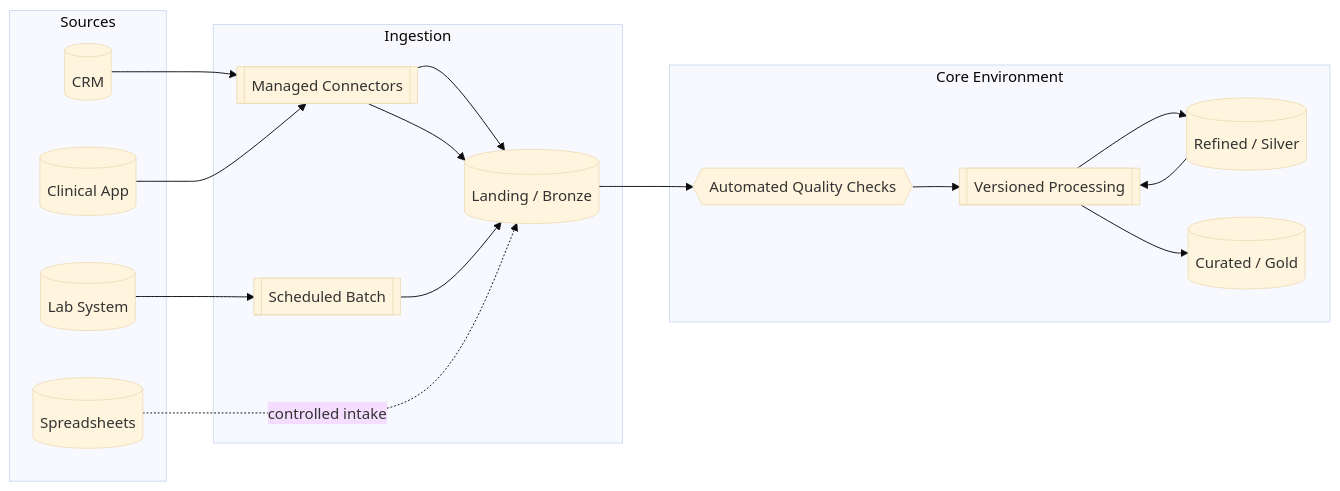
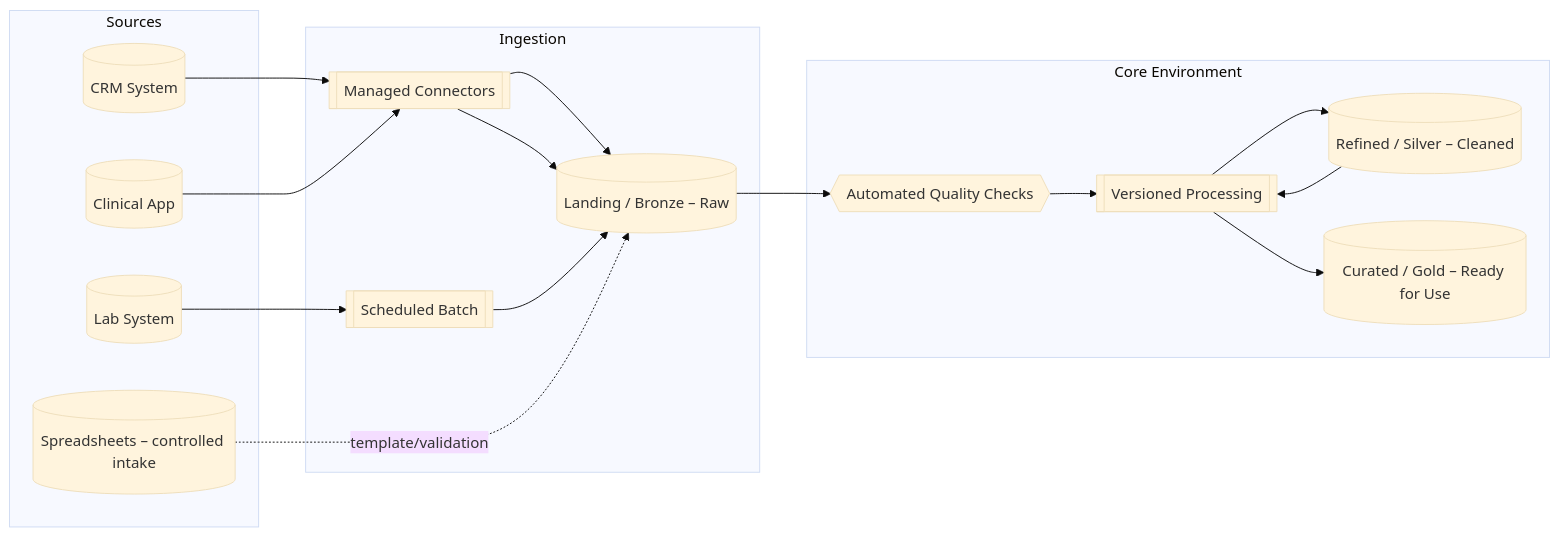
One commit to mlogan914/mlogan914.github.io changed the second of 3 diagrams in _posts/2025-08-27-fragmented-data-flows-to-governed-data-pipelines.md.md. Above: the diagram before and after it, drawn with Mermaid (base theme). The commit also changed other lines of this file, not shown here.

````diff
--- a/_posts/2025-08-27-fragmented-data-flows-to-governed-data-pipelines.md.md
+++ b/_posts/2025-08-27-fragmented-data-flows-to-governed-data-pipelines.md.md
@@ -92,29 +100,34 @@
 ```mermaid
 flowchart LR
+  %% Sources
   subgraph SRC[Sources]
-    CRM[(CRM)]
+    CRM[(CRM System)]
     EHR[(Clinical App)]
     LIMS[(Lab System)]
-    Sheets[(Spreadsheets)]
+    Sheets[(Spreadsheets – controlled intake)]
   end
 
+  %% Ingestion
   subgraph ING[Ingestion]
     CDC[[Managed Connectors]]
     Batch[[Scheduled Batch]]
-    Bronze[(Landing / Bronze)]
+    Bronze[(Landing / Bronze – Raw)]
   end
 
+  %% Core Environment
   subgraph CORE[Core Environment]
     DQ{{Automated Quality Checks}}
     Transforms[[Versioned Processing]]
-    Silver[(Refined / Silver)]
-    Gold[(Curated / Gold)]
+    Silver[(Refined / Silver – Cleaned)]
+    Gold[(Curated / Gold – Ready for Use)]
   end
 
+  %% Flows
   CRM --> CDC --> Bronze
   EHR --> CDC --> Bronze
   LIMS --> Batch --> Bronze
-  Sheets -. controlled intake .-> Bronze
+  Sheets -. template/validation .-> Bronze
 
   Bronze --> DQ --> Transforms --> Silver --> Transforms --> Gold
+
 ```
````
